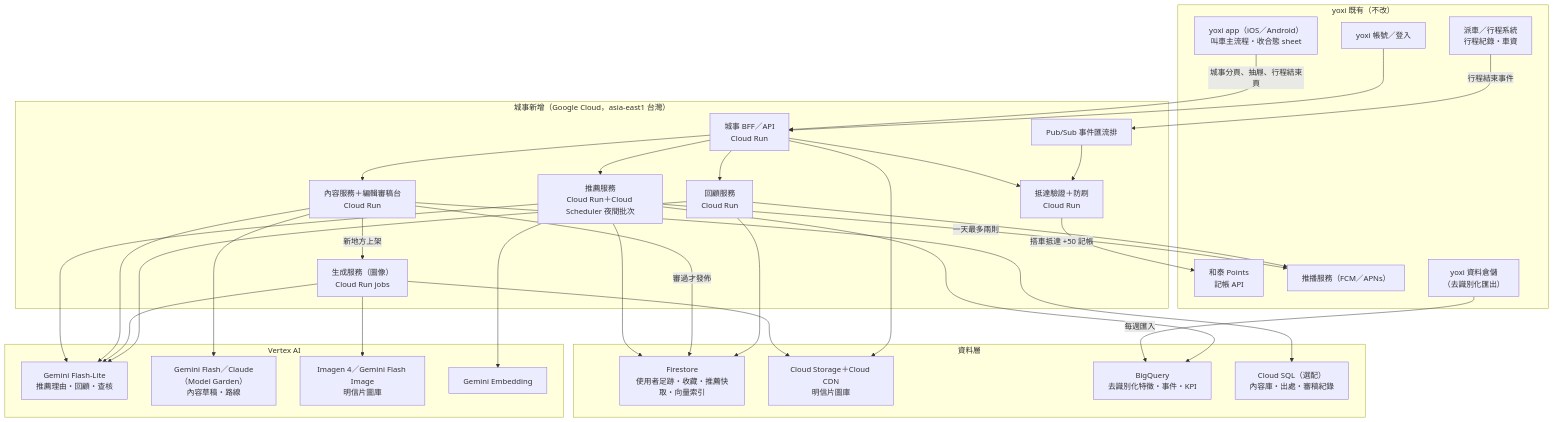
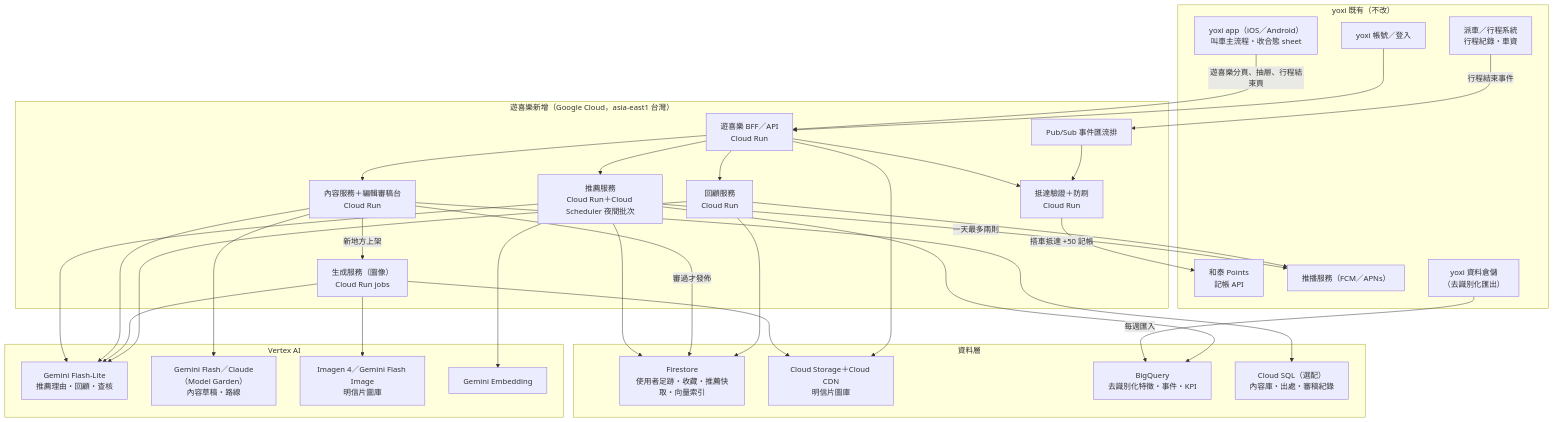
One commit to Ricky610329/Yoxi_app_design changed the diagram in pitch/docs/ai-architecture.md. Above: the diagram before and after it, drawn with Mermaid. The commit also changed other lines of this file and 39 other files, not shown here.

````diff
--- a/pitch/docs/ai-architecture.md
+++ b/pitch/docs/ai-architecture.md
@@ -83,52 +83,52 @@
 ```mermaid
 flowchart TB
   subgraph EXIST["yoxi 既有（不改）"]
     APPX["yoxi app（iOS／Android）<br/>叫車主流程・收合態 sheet"]
     DISPATCH["派車／行程系統<br/>行程紀錄・車資"]
     POINTS["和泰 Points<br/>記帳 API"]
     PUSH["推播服務（FCM／APNs）"]
     ACCT["yoxi 帳號／登入"]
     DWH["yoxi 資料倉儲<br/>（去識別化匯出）"]
   end
 
-  subgraph NEW["城事新增（Google Cloud，asia-east1 台灣）"]
-    BFF["城事 BFF／API<br/>Cloud Run"]
+  subgraph NEW["遊喜樂新增（Google Cloud，asia-east1 台灣）"]
+    BFF["遊喜樂 BFF／API<br/>Cloud Run"]
     REC["推薦服務<br/>Cloud Run＋Cloud Scheduler 夜間批次"]
     CMS["內容服務＋編輯審稿台<br/>Cloud Run"]
     GEN["生成服務（圖像）<br/>Cloud Run jobs"]
     RECAP["回顧服務<br/>Cloud Run"]
     ARRIVE["抵達驗證＋防刷<br/>Cloud Run"]
     BUS["Pub/Sub 事件匯流排"]
   end
 
   subgraph DATA["資料層"]
     FS["Firestore<br/>使用者足跡・收藏・推薦快取・向量索引"]
     GCS["Cloud Storage＋Cloud CDN<br/>明信片圖庫"]
     BQ["BigQuery<br/>去識別化特徵・事件・KPI"]
     SQL["Cloud SQL（選配）<br/>內容庫・出處・審稿紀錄"]
   end
 
   subgraph AI["Vertex AI"]
     FLASHLITE["Gemini Flash-Lite<br/>推薦理由・回顧・查核"]
     FLASH["Gemini Flash／Claude（Model Garden）<br/>內容草稿・路線"]
     IMAGEN["Imagen 4／Gemini Flash Image<br/>明信片圖庫"]
     EMB["Gemini Embedding"]
   end
 
-  APPX -->|城事分頁、抽屜、行程結束頁| BFF
+  APPX -->|遊喜樂分頁、抽屜、行程結束頁| BFF
   ACCT --> BFF
   BFF --> REC & CMS & RECAP & ARRIVE
   DISPATCH -->|行程結束事件| BUS
   BUS --> ARRIVE
   ARRIVE -->|搭車抵達 +50 記帳| POINTS
   REC -->|一天最多兩則| PUSH
   RECAP --> PUSH
   DWH -->|每週匯入| BQ
   REC --> FS & BQ & FLASHLITE & EMB
   CMS --> SQL & FLASH & FLASHLITE
   CMS -->|審過才發佈| FS
   GEN --> IMAGEN & FLASHLITE & GCS
   CMS -->|新地方上架| GEN
   RECAP --> FS & FLASHLITE
   BFF --> GCS
 ```
````
